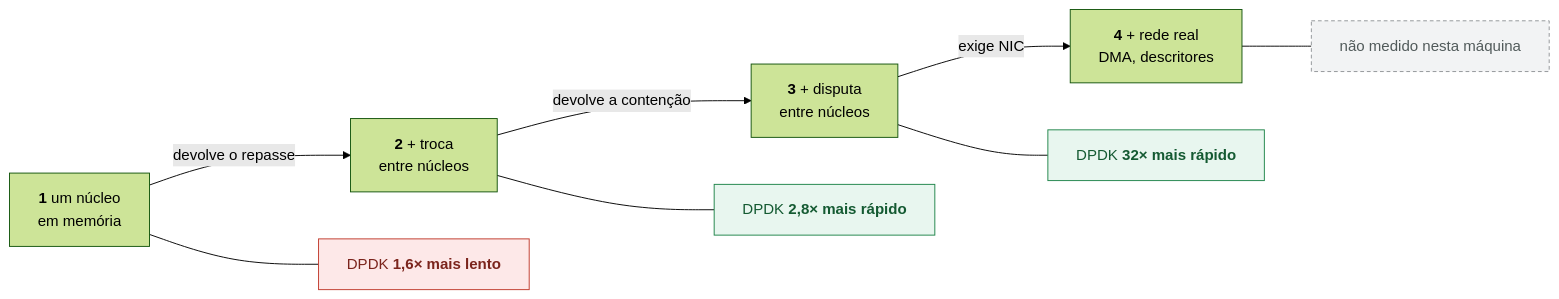
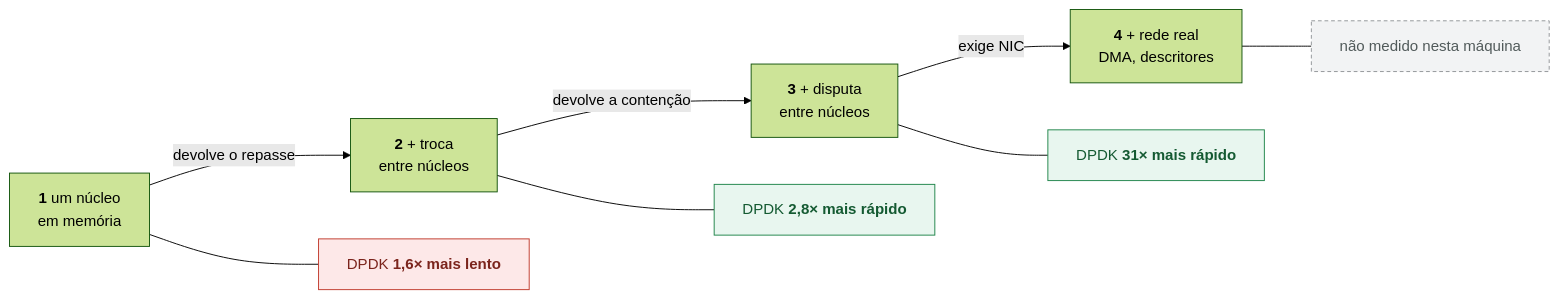
One commit to hroberto/labs-dpdk-academy changed the first of 2 diagrams in trilha/01-fundamentos/02-mempool-ring/alternativas/cpp23/README.md. Above: the diagram before and after it, drawn with Mermaid (forest theme). The commit also changed other lines of this file and 42 other files, not shown here.

````diff
--- a/trilha/01-fundamentos/02-mempool-ring/alternativas/cpp23/README.md
+++ b/trilha/01-fundamentos/02-mempool-ring/alternativas/cpp23/README.md
@@ -125,29 +125,29 @@
 ```mermaid
 flowchart LR
     N1["<b>1</b> um núcleo<br/>em memória"]
     N2["<b>2</b> + troca<br/>entre núcleos"]
     N3["<b>3</b> + disputa<br/>entre núcleos"]
     N4["<b>4</b> + rede real<br/>DMA, descritores"]
 
     N1 -->|"devolve o repasse"| N2
     N2 -->|"devolve a contenção"| N3
     N3 -->|"exige NIC"| N4
 
     V1["DPDK <b>1,6× mais lento</b>"]
     V2["DPDK <b>2,8× mais rápido</b>"]
-    V3["DPDK <b>32× mais rápido</b>"]
+    V3["DPDK <b>31× mais rápido</b>"]
     V4["não medido nesta máquina"]
 
     N1 --- V1
     N2 --- V2
     N3 --- V3
     N4 --- V4
 
     classDef perde fill:#fde8e8,stroke:#c0392b,color:#7b241c
     classDef ganha fill:#e8f6ef,stroke:#1e8449,color:#145a32
     classDef vazio fill:#f2f3f4,stroke:#909497,color:#515a5a,stroke-dasharray:4 3
     class V1 perde
     class V2 ganha
     class V3 ganha
     class V4 vazio
 ```
````
